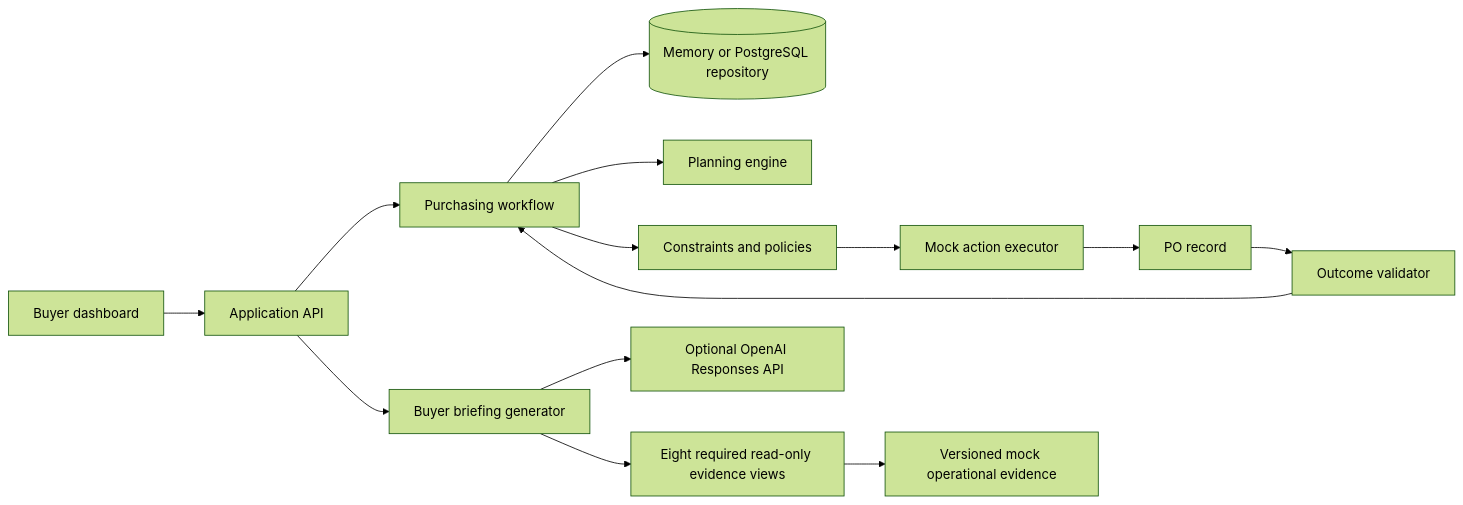
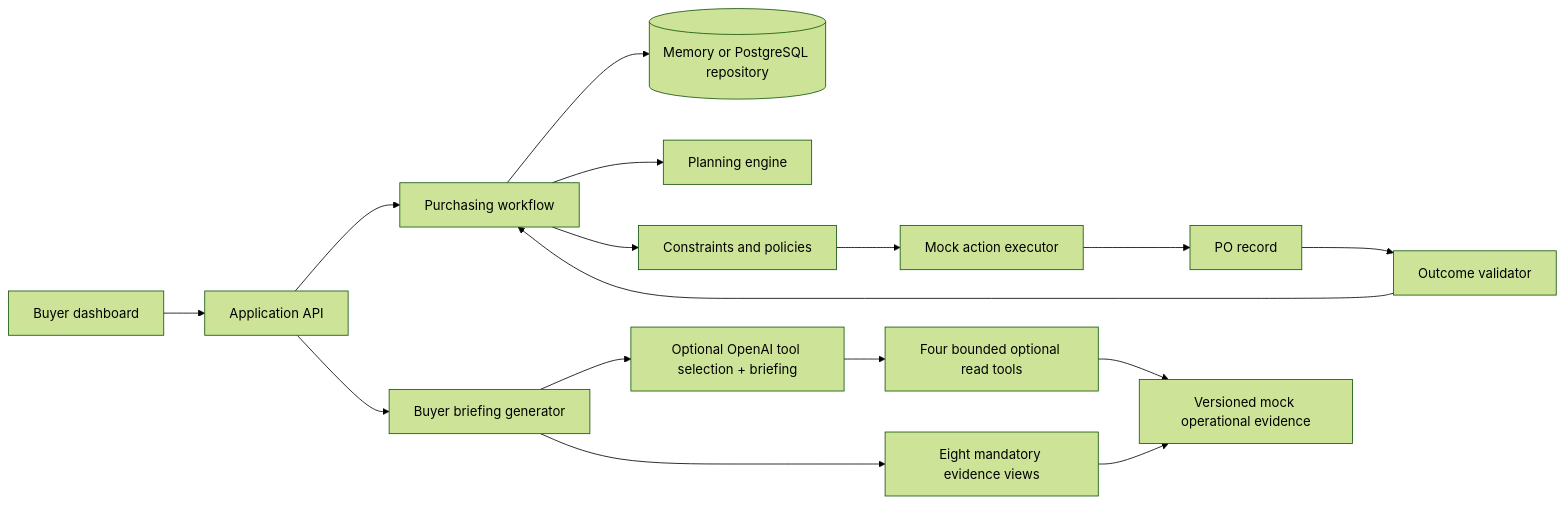
Before and after one commit to snehilsaini/ai-purchasing-agent: the second of 2 diagrams in README.md, drawn with Mermaid (forest theme). The commit also changed other lines of this file and 11 other files, not shown here.

Commit message:
feat: add bounded dynamic investigation tools

````diff
--- a/README.md
+++ b/README.md
@@ -365,16 +365,18 @@
 ```mermaid
 flowchart LR
     UI[Buyer dashboard] --> API[Application API]
     API --> WF[Purchasing workflow]
     WF --> DB[(Memory or PostgreSQL repository)]
     API --> AGENT[Buyer briefing generator]
-    AGENT --> LLM[Optional OpenAI Responses API]
-    AGENT --> TOOLS[Eight required read-only evidence views]
-    TOOLS --> SERVICES[Versioned mock operational evidence]
+    AGENT --> LLM[Optional OpenAI tool selection + briefing]
+    AGENT --> REQUIRED[Eight mandatory evidence views]
+    LLM --> OPTIONAL[Four bounded optional read tools]
+    REQUIRED --> SERVICES[Versioned mock operational evidence]
+    OPTIONAL --> SERVICES
     WF --> PLAN[Planning engine]
     WF --> RULES[Constraints and policies]
     RULES --> EXEC[Mock action executor]
     EXEC --> PO[PO record]
     PO --> VALIDATOR[Outcome validator]
     VALIDATOR --> WF
 ```
````
